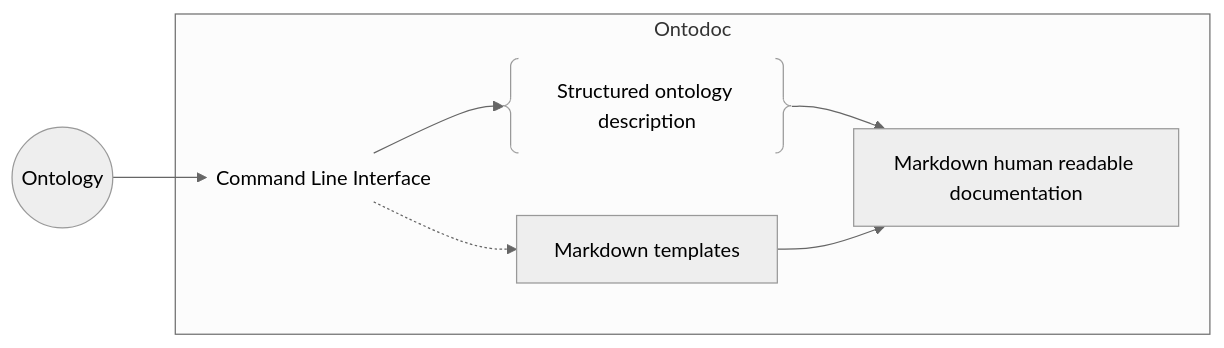
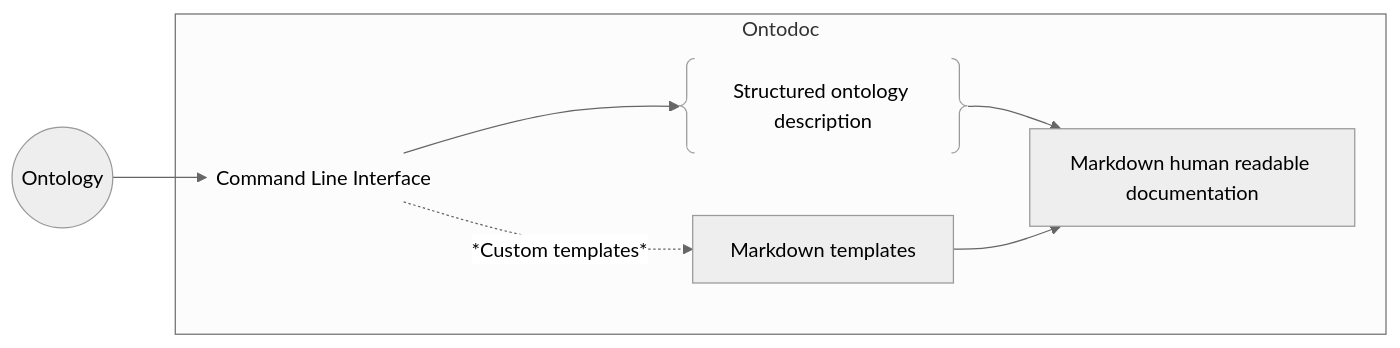
The diagram in README.md (StephaneBranly/ontodoc), drawn with Mermaid (neutral theme) before and after one commit. The commit also changed other lines of this file and 2 other files, not shown here.

````diff
--- a/README.md
+++ b/README.md
@@ -52,18 +54,18 @@
 ```mermaid
 %% THIS IS A SCHEMA, IF YOU CANNOT SEE IT, PLEASE TRY TO CONSULT THIS PAGE ON GITHUB AND ON A DESKTOP WEB NAVIGATOR
 flowchart LR
  subgraph s1["Ontodoc"]
         mdhrd["Markdown human readable documentation"]
         mt["Markdown templates"]
         sod["Structured ontology description"]
         cli["Command Line Interface"]
   end
     sod --> mdhrd
     mt --> mdhrd
     on(("Ontology")) --> cli
     cli --> sod
-    cli -.-> mt
+    cli -.-> |*Custom templates*|mt
 
     sod@{ shape: braces}
     cli@{ shape: text}
 ```
````
